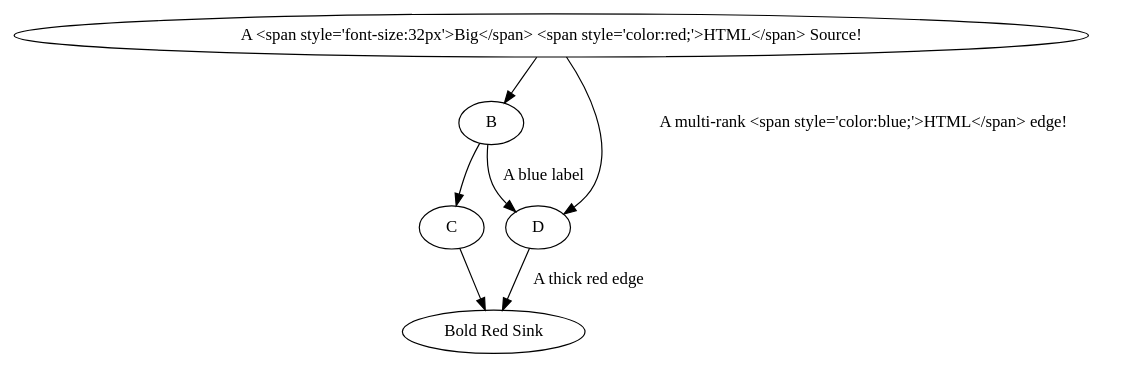
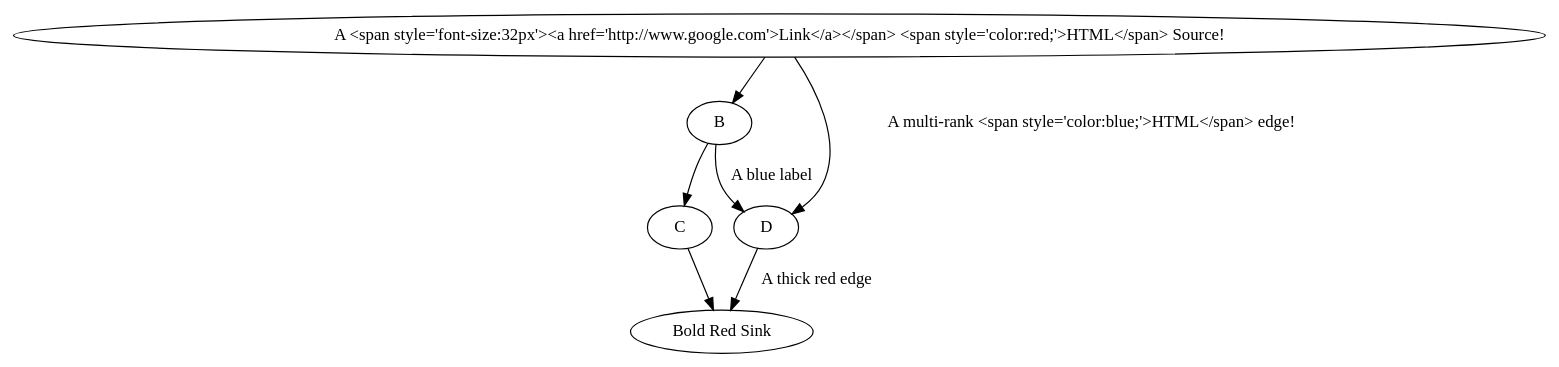
One commit to DavidWhitlock/PortlandStateJavaSummer2015 changed the diagram in phonebill-gwt/src/main/webapp/grid.dot. Above: the diagram before and after it, drawn with Graphviz.

Commit message:
Hyperlinks work.

```diff
--- a/phonebill-gwt/src/main/webapp/grid.dot
+++ b/phonebill-gwt/src/main/webapp/grid.dot
@@ -1,14 +1,14 @@
 digraph {
     /* Note: HTML labels do not work in IE, which lacks support for <foreignObject> tags. */
     node [rx=5 ry=5 labelStyle="font: 300 14px 'Helvetica Neue', Helvetica"]
     edge [labelStyle="font: 300 14px 'Helvetica Neue', Helvetica"]
     A [labelType="html"
-       label="A <span style='font-size:32px'>Big</span> <span style='color:red;'>HTML</span> Source!"];
+       label="A <span style='font-size:32px'><a href='http://www.google.com'>Link</a></span> <span style='color:red;'>HTML</span> Source!"];
     C;
     E [label="Bold Red Sink" style="fill: #f77; font-weight: bold"];
     A -> B -> C;
     B -> D [label="A blue label" labelStyle="fill: #55f; font-weight: bold;"];
     D -> E [label="A thick red edge" style="stroke: #f77; stroke-width: 2px;" arrowheadStyle="fill: #f77"];
     C -> E;
     A -> D [labelType="html" label="A multi-rank <span style='color:blue;'>HTML</span> edge!"];
 }
```
